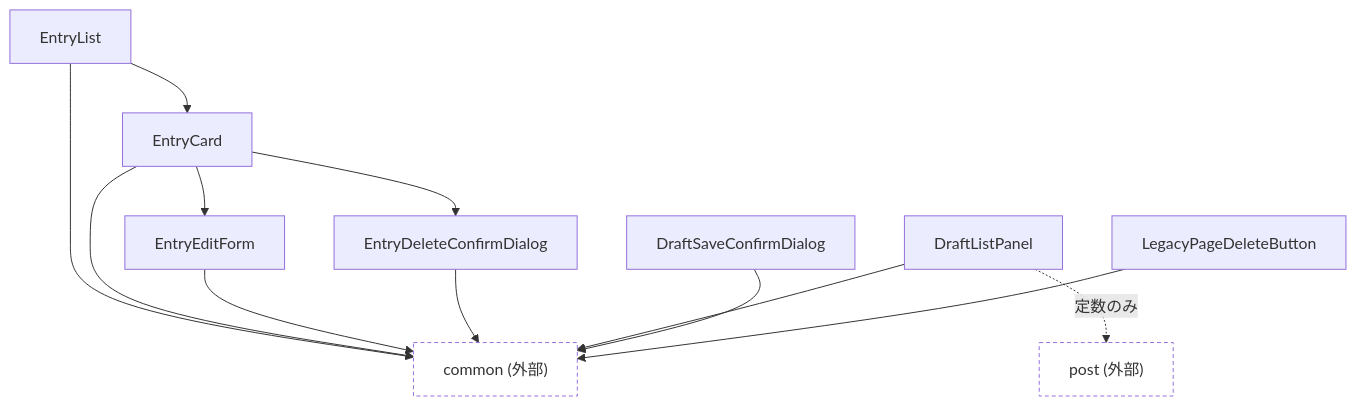
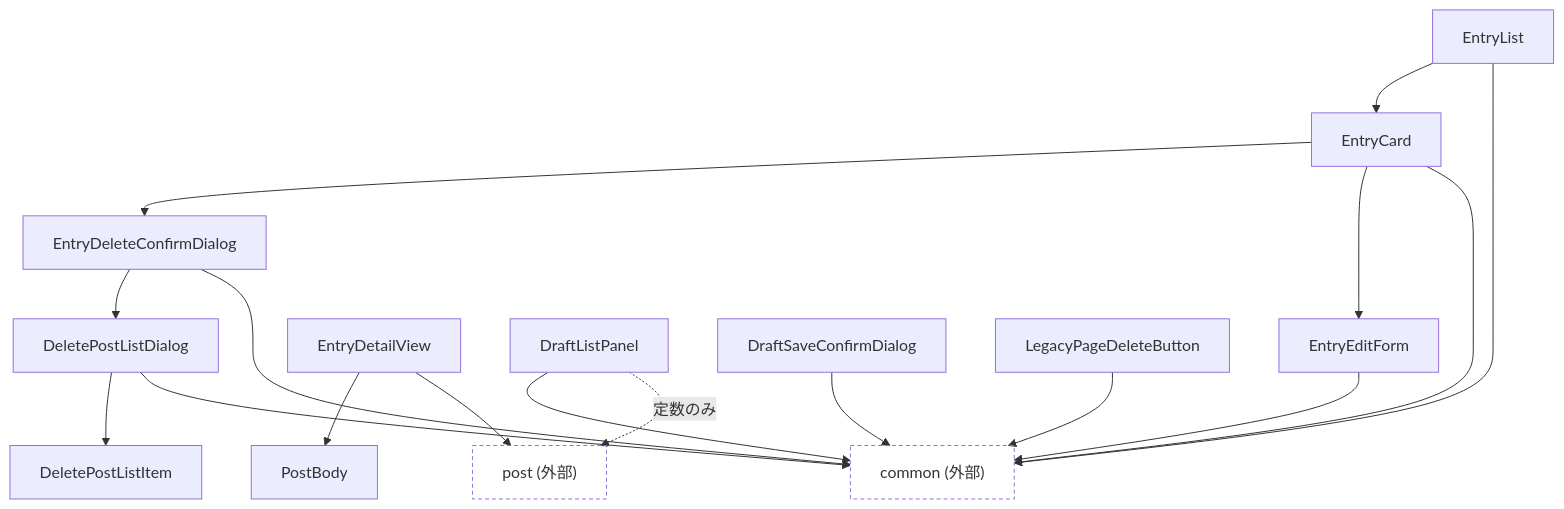
Before and after one commit to nekono-dev/skyshare: the diagram in src/components/entry/README.md, drawn with Mermaid. The commit also changed other lines of this file and 229 other files, not shown here.

````diff
--- a/src/components/entry/README.md
+++ b/src/components/entry/README.md
@@ -5,21 +5,26 @@
 ```mermaid
 graph TD
   EntryList --> EntryCard
   EntryCard --> EntryDeleteConfirmDialog
+  EntryDeleteConfirmDialog --> DeletePostListDialog
+  DeletePostListDialog --> DeletePostListItem
   EntryCard --> EntryEditForm
+  EntryDetailView --> PostBody
 
   EntryList --> commonExt
   EntryCard --> commonExt
   EntryEditForm --> commonExt
   EntryDeleteConfirmDialog --> commonExt
+  DeletePostListDialog --> commonExt
   DraftListPanel --> commonExt
   DraftSaveConfirmDialog --> commonExt
   LegacyPageDeleteButton --> commonExt
   DraftListPanel -. 定数のみ .-> postExt
+  EntryDetailView --> postExt
 
   commonExt["common (外部)"]
   postExt["post (外部)"]
 
   classDef external stroke-dasharray: 4 3,fill:transparent;
   class commonExt,postExt external;
 ```
````
